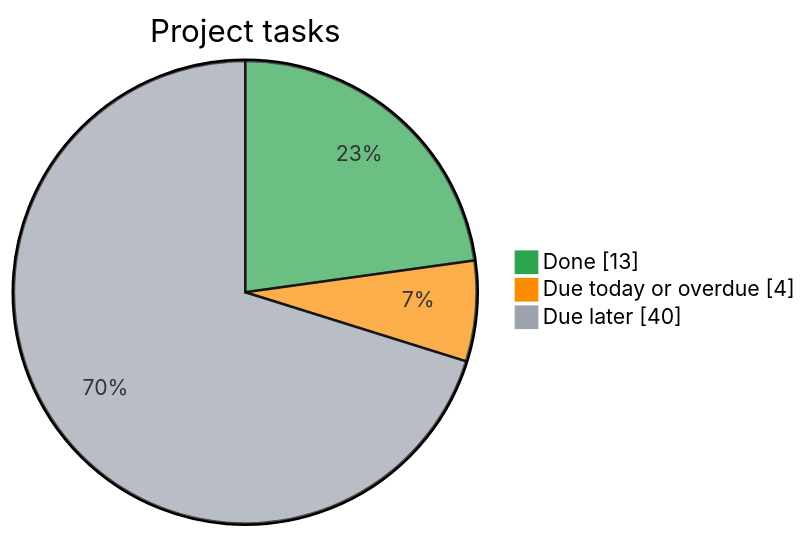
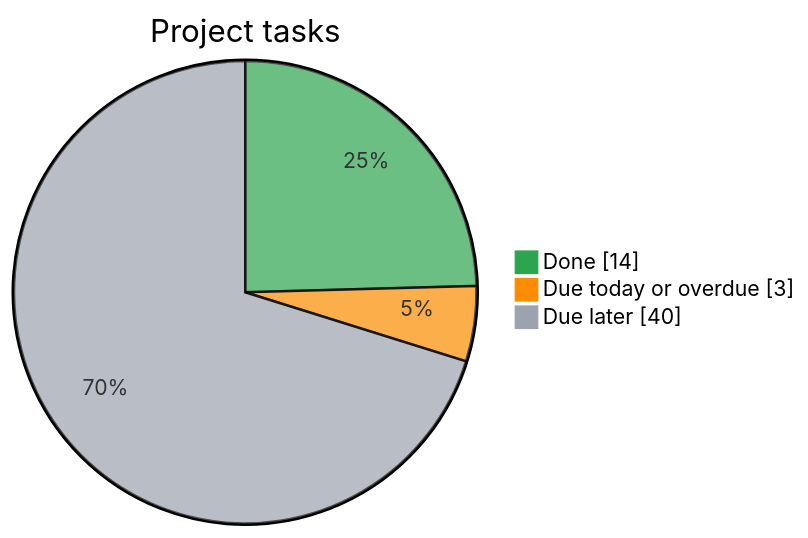
The diagram in README.md (Kr1sKros/IKT466-Corporate-Bankruptcy-Predictor), drawn with Mermaid before and after one commit. The commit also changed other lines of this file, not shown here.

Commit message:
docs: refresh task dashboard

````diff
--- a/README.md
+++ b/README.md
@@ -8,8 +8,8 @@
 ```mermaid
 %%{init: {"themeVariables": {"pie1": "#2da44e", "pie2": "#fb8c00", "pie3": "#9ca3af"}}}%%
 pie showData
     title Project tasks
-    "Done" : 13
-    "Due today or overdue" : 4
+    "Done" : 14
+    "Due today or overdue" : 3
     "Due later" : 40
 ```
````
